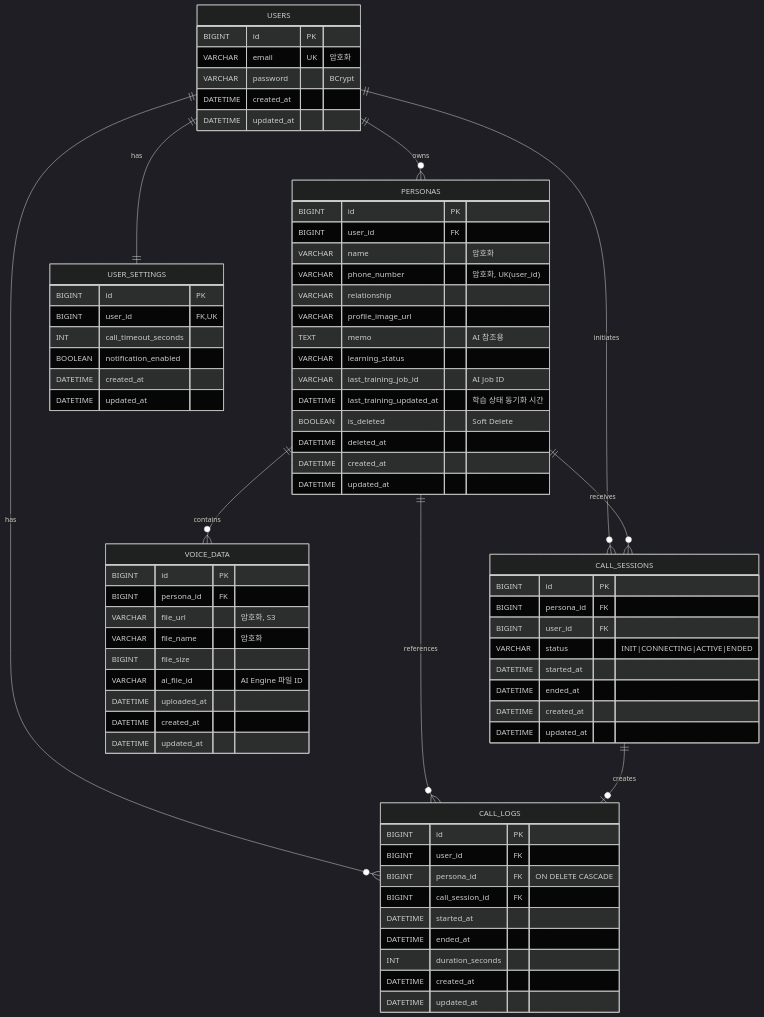
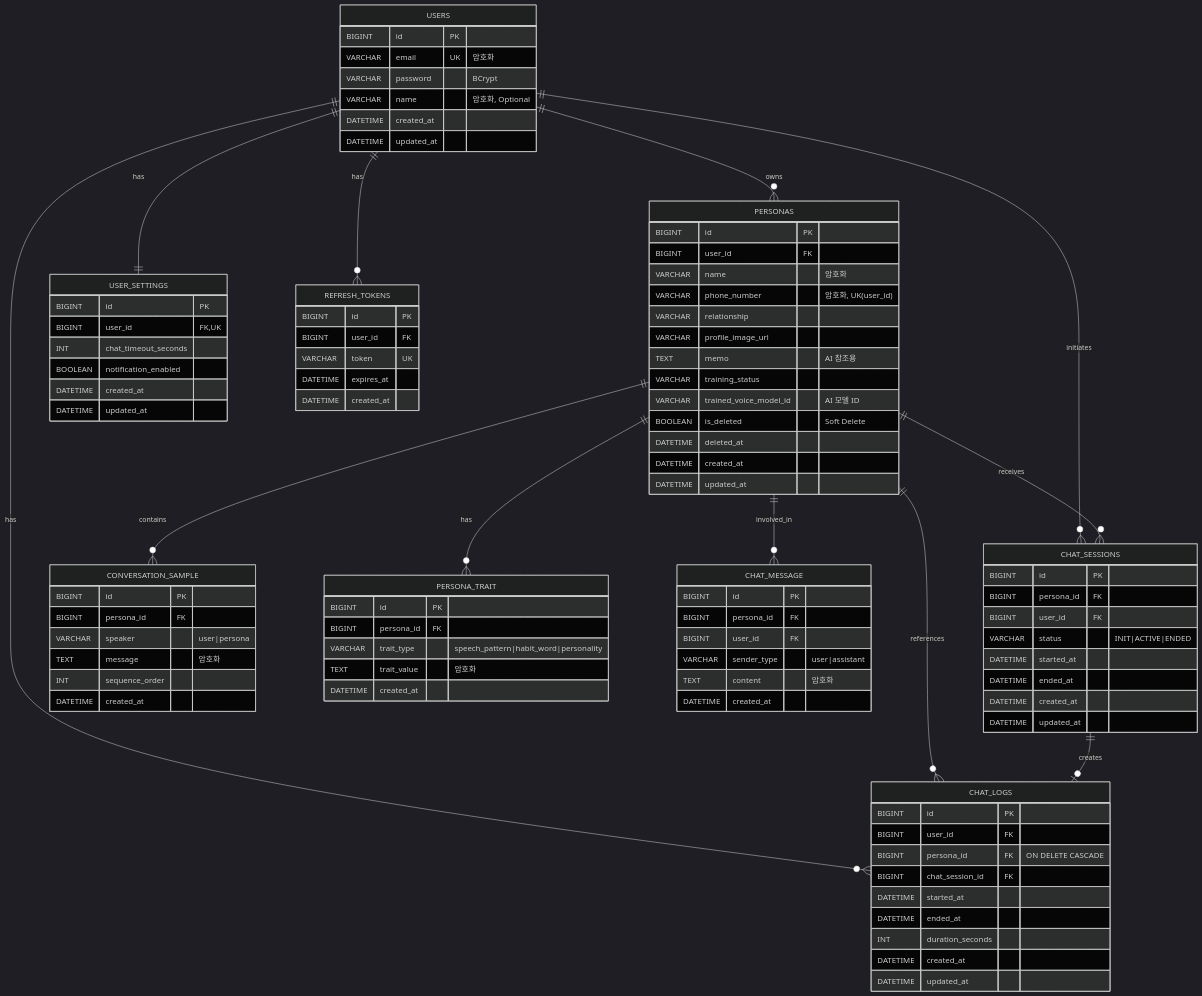
One commit to hyunil-cho/dot changed the diagram in backend/docs/DATABASE_SCHEMA.md. Above: the diagram before and after it, drawn with Mermaid (dark theme). The commit also changed other lines of this file and 44 other files, not shown here.

First line of the commit message:
feat. Voice -> Text 방향 전환

````diff
--- a/backend/docs/DATABASE_SCHEMA.md
+++ b/backend/docs/DATABASE_SCHEMA.md
@@ -6,19 +6,23 @@
 erDiagram
     USERS ||--o{ PERSONAS : owns
     USERS ||--|| USER_SETTINGS : has
-    USERS ||--o{ CALL_SESSIONS : initiates
-    USERS ||--o{ CALL_LOGS : has
+    USERS ||--o{ CHAT_SESSIONS : initiates
+    USERS ||--o{ CHAT_LOGS : has
+    USERS ||--o{ REFRESH_TOKENS : has
     
-    PERSONAS ||--o{ VOICE_DATA : contains
-    PERSONAS ||--o{ CALL_SESSIONS : receives
-    PERSONAS ||--o{ CALL_LOGS : references
+    PERSONAS ||--o{ CONVERSATION_SAMPLE : contains
+    PERSONAS ||--o{ PERSONA_TRAIT : has
+    PERSONAS ||--o{ CHAT_SESSIONS : receives
+    PERSONAS ||--o{ CHAT_LOGS : references
+    PERSONAS ||--o{ CHAT_MESSAGE : involved_in
     
-    CALL_SESSIONS ||--o| CALL_LOGS : creates
+    CHAT_SESSIONS ||--o| CHAT_LOGS : creates
 
     USERS {
         BIGINT id PK
         VARCHAR email UK "암호화"
         VARCHAR password "BCrypt"
+        VARCHAR name "암호화, Optional"
         DATETIME created_at
         DATETIME updated_at
     }
@@ -26,7 +30,7 @@
     USER_SETTINGS {
         BIGINT id PK
         BIGINT user_id FK,UK
-        INT call_timeout_seconds
+        INT chat_timeout_seconds
         BOOLEAN notification_enabled
         DATETIME created_at
         DATETIME updated_at
@@ -40,47 +44,68 @@
         VARCHAR relationship
         VARCHAR profile_image_url
         TEXT memo "AI 참조용"
-        VARCHAR learning_status
-        VARCHAR last_training_job_id "AI Job ID"
-        DATETIME last_training_updated_at "학습 상태 동기화 시간"
+        VARCHAR training_status
+        VARCHAR trained_voice_model_id "AI 모델 ID"
         BOOLEAN is_deleted "Soft Delete"
         DATETIME deleted_at
         DATETIME created_at
         DATETIME updated_at
     }
 
-    VOICE_DATA {
+    CONVERSATION_SAMPLE {
         BIGINT id PK
         BIGINT persona_id FK
-        VARCHAR file_url "암호화, S3"
-        VARCHAR file_name "암호화"
-        BIGINT file_size
-        VARCHAR ai_file_id "AI Engine 파일 ID"
-        DATETIME uploaded_at
+        VARCHAR speaker "user|persona"
+        TEXT message "암호화"
+        INT sequence_order
         DATETIME created_at
-        DATETIME updated_at
     }
 
-    CALL_SESSIONS {
+    PERSONA_TRAIT {
+        BIGINT id PK
+        BIGINT persona_id FK
+        VARCHAR trait_type "speech_pattern|habit_word|personality"
+        TEXT trait_value "암호화"
+        DATETIME created_at
+    }
+
+    CHAT_SESSIONS {
         BIGINT id PK
         BIGINT persona_id FK
         BIGINT user_id FK
-        VARCHAR status "INIT|CONNECTING|ACTIVE|ENDED"
+        VARCHAR status "INIT|ACTIVE|ENDED"
         DATETIME started_at
         DATETIME ended_at
         DATETIME created_at
         DATETIME updated_at
     }
 
-    CALL_LOGS {
+    CHAT_LOGS {
         BIGINT id PK
         BIGINT user_id FK
         BIGINT persona_id FK "ON DELETE CASCADE"
-        BIGINT call_session_id FK
+        BIGINT chat_session_id FK
         DATETIME started_at
         DATETIME ended_at
         INT duration_seconds
         DATETIME created_at
         DATETIME updated_at
     }
+
+    CHAT_MESSAGE {
+        BIGINT id PK
+        BIGINT persona_id FK
+        BIGINT user_id FK
+        VARCHAR sender_type "user|assistant"
+        TEXT content "암호화"
+        DATETIME created_at
+    }
+
+    REFRESH_TOKENS {
+        BIGINT id PK
+        BIGINT user_id FK
+        VARCHAR token UK
+        DATETIME expires_at
+        DATETIME created_at
+    }
 ```
````
